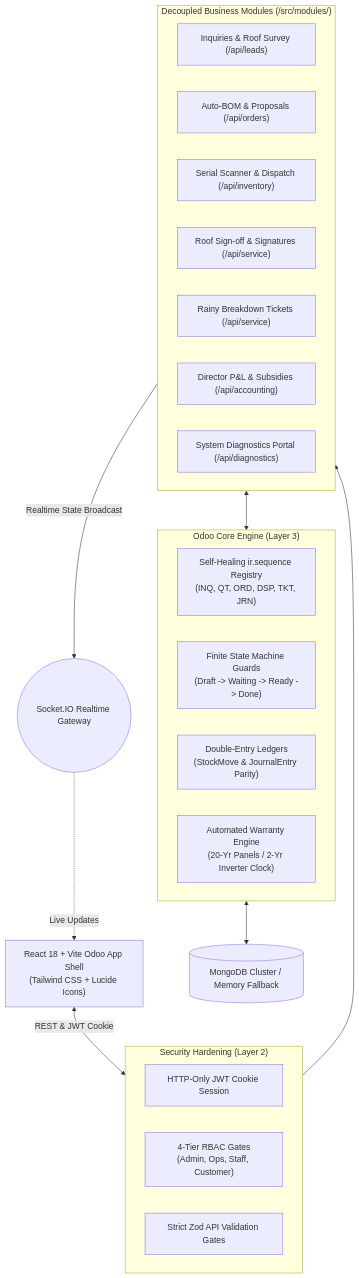
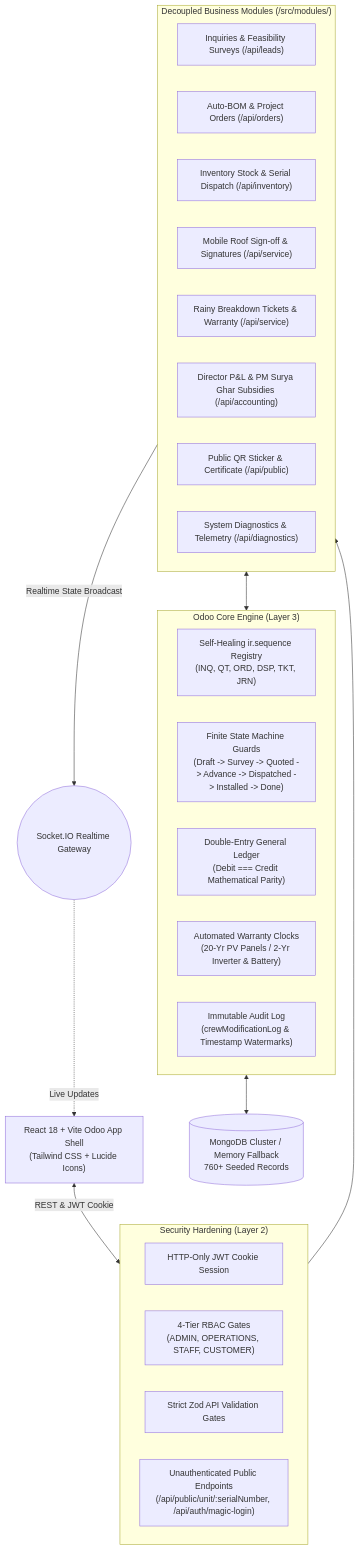
Before and after one commit to aspirant-22/SolIMS_Odoo_Hack: the first of 3 diagrams in README.md, drawn with Mermaid. The commit also changed other lines of this file, not shown here.

````diff
--- a/README.md
+++ b/README.md
@@ -31,37 +106,40 @@
 ```mermaid
 flowchart TD
     Client["React 18 + Vite Odoo App Shell<br/>(Tailwind CSS + Lucide Icons)"]
     
     subgraph CoreEngine ["Odoo Core Engine (Layer 3)"]
         Seq["Self-Healing ir.sequence Registry<br/>(INQ, QT, ORD, DSP, TKT, JRN)"]
-        FSM["Finite State Machine Guards<br/>(Draft -> Waiting -> Ready -> Done)"]
-        Ledger["Double-Entry Ledgers<br/>(StockMove & JournalEntry Parity)"]
-        Clock["Automated Warranty Engine<br/>(20-Yr Panels / 2-Yr Inverter Clock)"]
+        FSM["Finite State Machine Guards<br/>(Draft -> Survey -> Quoted -> Advance -> Dispatched -> Installed -> Done)"]
+        Ledger["Double-Entry General Ledger<br/>(Debit === Credit Mathematical Parity)"]
+        Clock["Automated Warranty Clocks<br/>(20-Yr PV Panels / 2-Yr Inverter & Battery)"]
+        Audit["Immutable Audit Log<br/>(crewModificationLog & Timestamp Watermarks)"]
     end
 
     subgraph Security ["Security Hardening (Layer 2)"]
         JWT["HTTP-Only JWT Cookie Session"]
-        RBAC["4-Tier RBAC Gates<br/>(Admin, Ops, Staff, Customer)"]
+        RBAC["4-Tier RBAC Gates<br/>(ADMIN, OPERATIONS, STAFF, CUSTOMER)"]
         Zod["Strict Zod API Validation Gates"]
+        PublicGate["Unauthenticated Public Endpoints<br/>(/api/public/unit/:serialNumber, /api/auth/magic-login)"]
     end
 
     subgraph Subdomains ["Decoupled Business Modules (/src/modules/)"]
-        M1["Inquiries & Roof Survey (/api/leads)"]
-        M2["Auto-BOM & Proposals (/api/orders)"]
-        M3["Serial Scanner & Dispatch (/api/inventory)"]
-        M4["Roof Sign-off & Signatures (/api/service)"]
-        M5["Rainy Breakdown Tickets (/api/service)"]
-        M6["Director P&L & Subsidies (/api/accounting)"]
-        M7["System Diagnostics Portal (/api/diagnostics)"]
+        M1["Inquiries & Feasibility Surveys (/api/leads)"]
+        M2["Auto-BOM & Project Orders (/api/orders)"]
+        M3["Inventory Stock & Serial Dispatch (/api/inventory)"]
+        M4["Mobile Roof Sign-off & Signatures (/api/service)"]
+        M5["Rainy Breakdown Tickets & Warranty (/api/service)"]
+        M6["Director P&L & PM Surya Ghar Subsidies (/api/accounting)"]
+        M7["Public QR Sticker & Certificate (/api/public)"]
+        M8["System Diagnostics & Telemetry (/api/diagnostics)"]
     end
 
-    DB[(MongoDB Cluster / Memory Fallback)]
+    DB[(MongoDB Cluster / Memory Fallback<br/>760+ Seeded Records)]
     Socket((Socket.IO Realtime Gateway))
 
     Client <-->|REST & JWT Cookie| Security
     Security --> Subdomains
     Subdomains <--> CoreEngine
     CoreEngine <--> DB
     Subdomains -->|Realtime State Broadcast| Socket
     Socket -.->|Live Updates| Client
 ```
````
